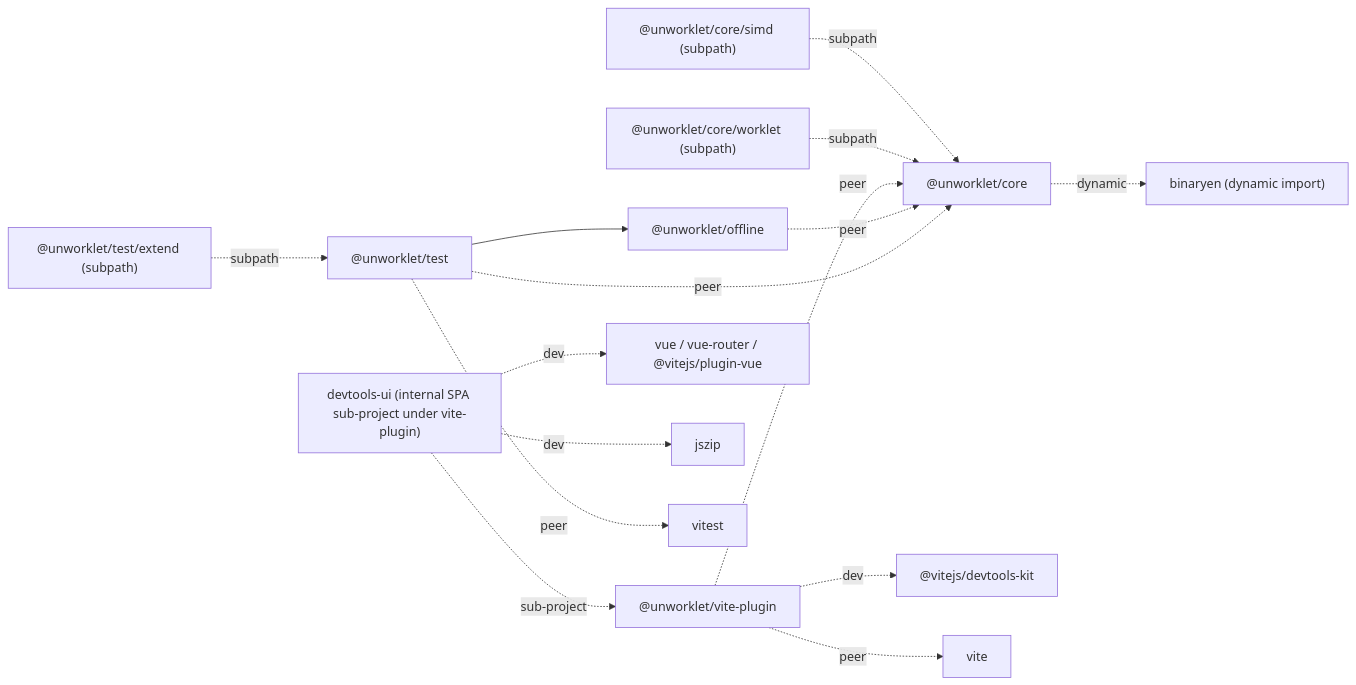
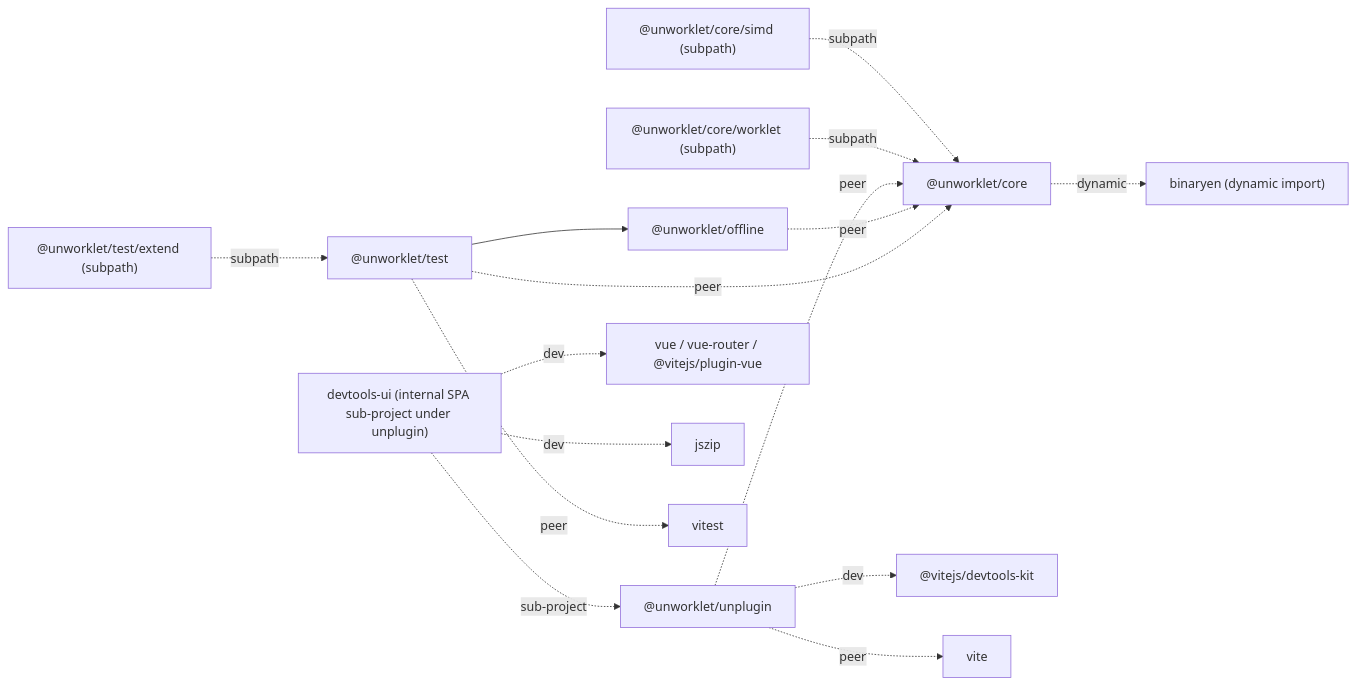
One commit to yuichkun/unworklet changed the diagram in docs/09-repo-structure.md. Above: the diagram before and after it, drawn with Mermaid. The commit also changed other lines of this file and 109 other files, not shown here.

First line of the commit message:
refactor: rename the vite-plugin package to @unworklet/unplugin

````diff
--- a/docs/09-repo-structure.md
+++ b/docs/09-repo-structure.md
@@ -78,32 +78,32 @@
 ```mermaid
 graph LR
   core["@unworklet/core"]
   simd["@unworklet/core/simd (subpath)"]
   workletSubpath["@unworklet/core/worklet (subpath)"]
-  vp["@unworklet/vite-plugin"]
-  vpUi["devtools-ui (internal SPA sub-project under vite-plugin)"]
+  vp["@unworklet/unplugin"]
+  vpUi["devtools-ui (internal SPA sub-project under unplugin)"]
   offline["@unworklet/offline"]
   test["@unworklet/test"]
   testExtend["@unworklet/test/extend (subpath)"]
   binaryen["binaryen (dynamic import)"]
   devtoolsKit["@vitejs/devtools-kit"]
   vue["vue / vue-router / @vitejs/plugin-vue"]
   jszip["jszip"]
   vite[vite]
   vitest[vitest]
 
   simd -.subpath.-> core
   workletSubpath -.subpath.-> core
   testExtend -.subpath.-> test
   core -.dynamic.-> binaryen
   vp -.peer.-> core
   vp -.peer.-> vite
   vp -.dev.-> devtoolsKit
   vpUi -.sub-project.-> vp
   vpUi -.dev.-> vue
   vpUi -.dev.-> jszip
   offline -.peer.-> core
   test --> offline
   test -.peer.-> core
   test -.peer.-> vitest
 ```
````
